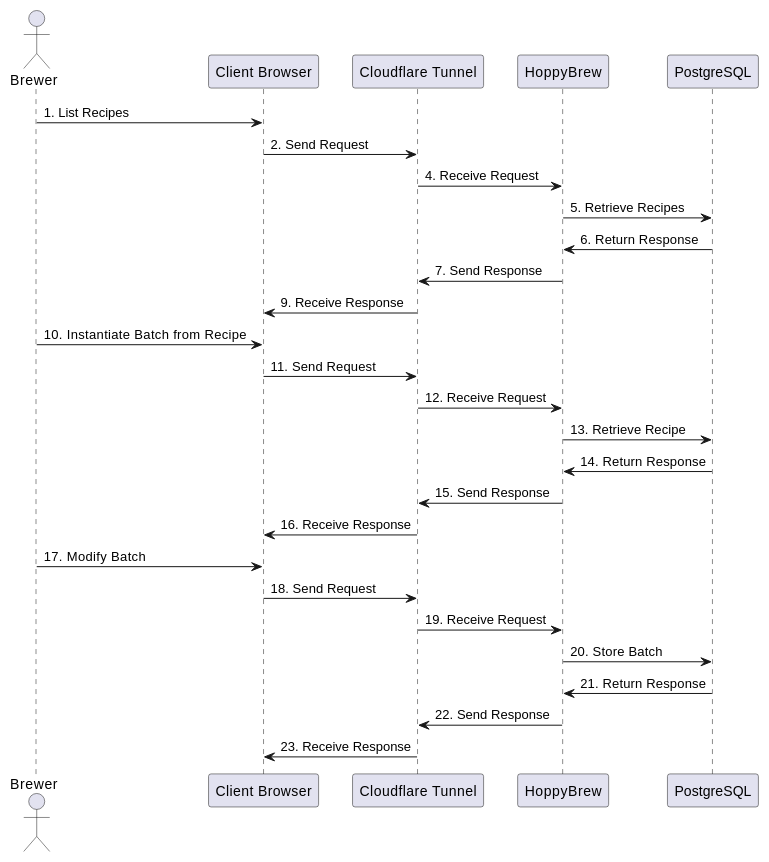
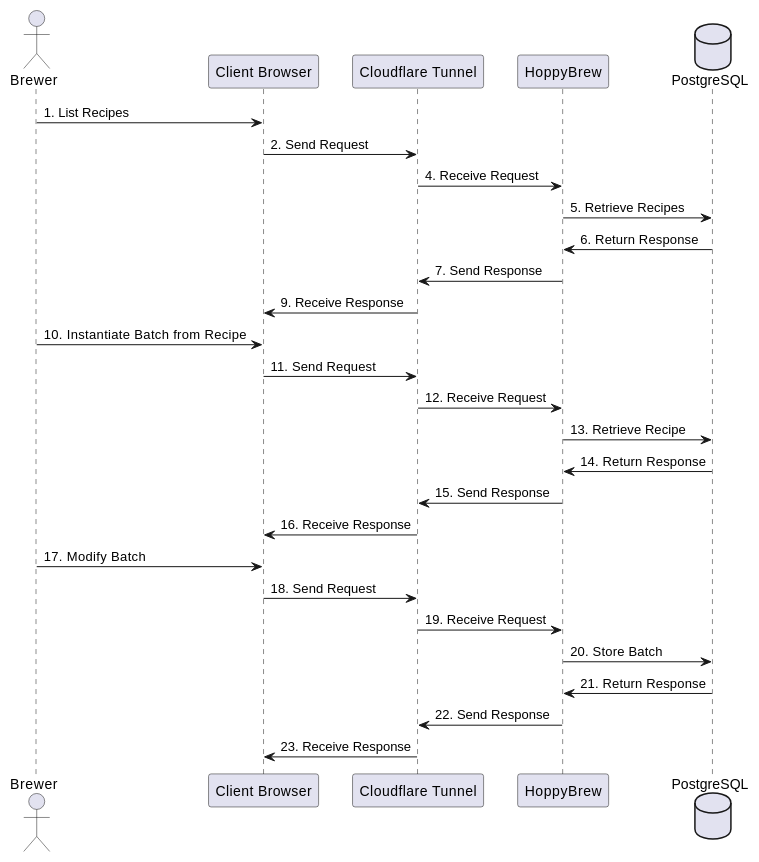
Before and after one commit to asbor/iu-project-software-engineering: the seventh of 8 diagrams in documents/01-Conception-Phase/00-HoppyBrew.md, drawn with PlantUML. The commit also changed other lines of this file and 5 other files, not shown here.

```diff
--- a/documents/01-Conception-Phase/00-HoppyBrew.md
+++ b/documents/01-Conception-Phase/00-HoppyBrew.md
@@ -743,33 +778,33 @@
 @startuml 07-Runtime-View-CRUD-Batch
 
 actor Brewer as Brewer
 participant "Client Browser" as ClientBrowser
 participant "Cloudflare Tunnel" as CloudflareTunnel
 participant "HoppyBrew" as HoppyBrew
-participant "PostgreSQL" as PostgreSQL
+database "PostgreSQL" as PostgreSQL
 
 Brewer -> ClientBrowser : 1. List Recipes
 ClientBrowser -> CloudflareTunnel : 2. Send Request
 CloudflareTunnel -> HoppyBrew : 4. Receive Request
 HoppyBrew -> PostgreSQL : 5. Retrieve Recipes
 PostgreSQL -> HoppyBrew : 6. Return Response
 HoppyBrew -> CloudflareTunnel : 7. Send Response
 CloudflareTunnel -> ClientBrowser : 9. Receive Response
 
 Brewer -> ClientBrowser : 10. Instantiate Batch from Recipe
 ClientBrowser -> CloudflareTunnel : 11. Send Request
 CloudflareTunnel -> HoppyBrew : 12. Receive Request
 HoppyBrew -> PostgreSQL : 13. Retrieve Recipe
 PostgreSQL -> HoppyBrew : 14. Return Response
 HoppyBrew -> CloudflareTunnel : 15. Send Response
 CloudflareTunnel -> ClientBrowser : 16. Receive Response
 
 Brewer -> ClientBrowser : 17. Modify Batch
 ClientBrowser -> CloudflareTunnel : 18. Send Request
 CloudflareTunnel -> HoppyBrew : 19. Receive Request
 HoppyBrew -> PostgreSQL : 20. Store Batch
 PostgreSQL -> HoppyBrew : 21. Return Response
 HoppyBrew -> CloudflareTunnel : 22. Send Response
 CloudflareTunnel -> ClientBrowser : 23. Receive Response
 
 @enduml
```
